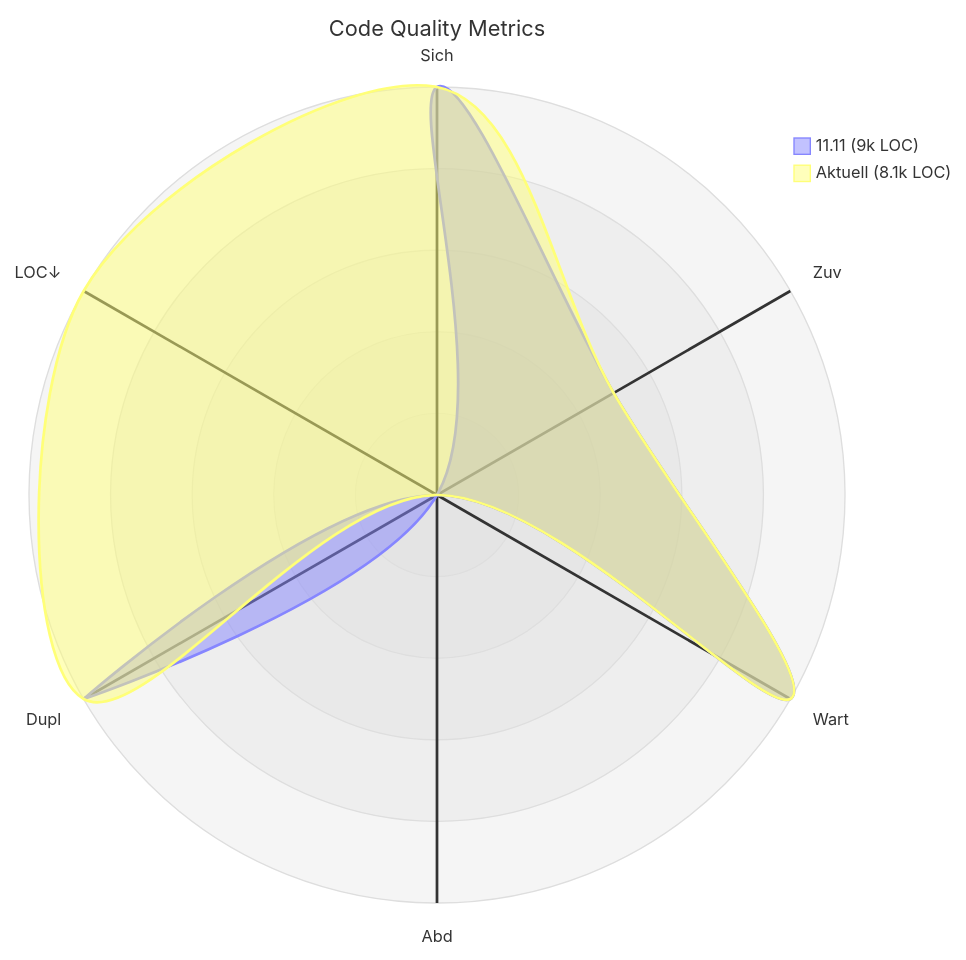
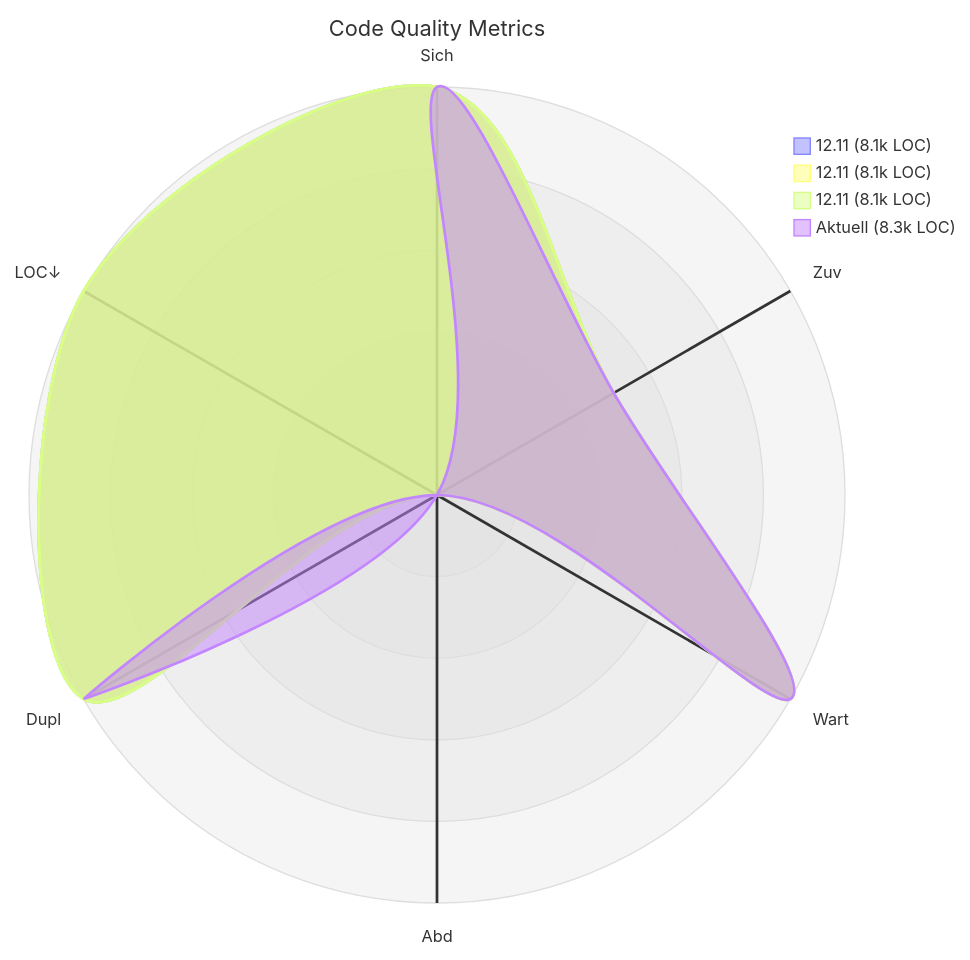
Before and after one commit to merlinbecker/rabbitMistralScribe: the diagram in codequality/report.md, drawn with Mermaid. The commit also changed other lines of this file, not shown here.

````diff
--- a/codequality/report.md
+++ b/codequality/report.md
@@ -5,11 +5,13 @@
 ```mermaid
 ---
 title: "Code Quality Metrics"
 ---
 radar-beta
   axis s["Sich"], r["Zuv"], m["Wart"], c["Abd"], d["Dupl"], l["LOC↓"]
-  curve p_11_11_9k_LOC_["11.11 (9k LOC)"]{5, 3, 5, 0, 5, 1}
-  curve p_Aktuell_8_1k_LOC_["Aktuell (8.1k LOC)"]{5, 3, 5, 1, 5, 5}
+  curve p_12_11_8_1k_LOC_["12.11 (8.1k LOC)"]{5, 3, 5, 1, 5, 5}
+  curve p_12_11_8_1k_LOC_["12.11 (8.1k LOC)"]{5, 3, 5, 1, 5, 5}
+  curve p_12_11_8_1k_LOC_["12.11 (8.1k LOC)"]{5, 3, 5, 1, 5, 5}
+  curve p_Aktuell_8_3k_LOC_["Aktuell (8.3k LOC)"]{5, 3, 5, 1, 5, 1}
   max 5
   min 1
 ```
````
